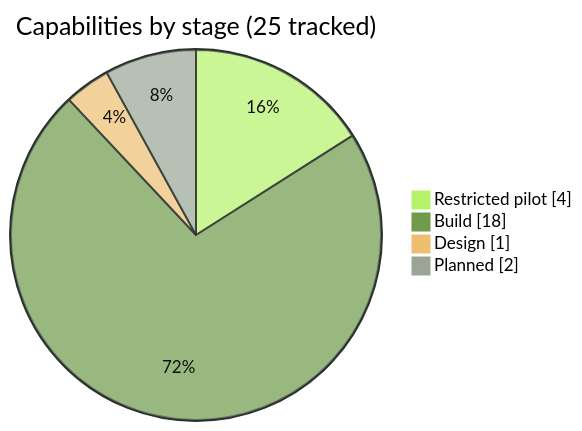
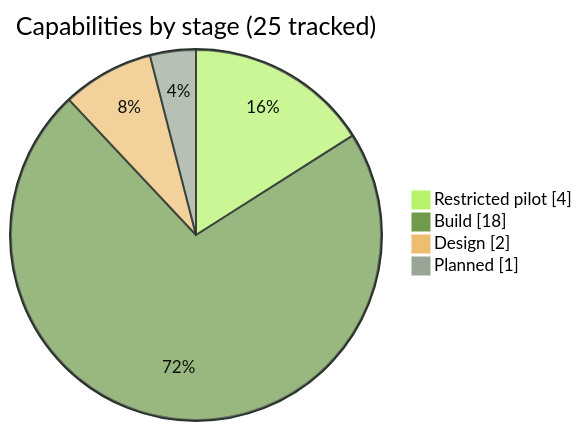
One commit to pboachie/zrotext changed the first of 4 diagrams in docs/ROADMAP.md. Above: the diagram before and after it, drawn with Mermaid. The commit also changed other lines of this file and 4 other files, not shown here.

First line of the commit message:
Align the public roadmap with merged custody, capture and provider work

````diff
--- a/docs/ROADMAP.md
+++ b/docs/ROADMAP.md
@@ -43,9 +43,9 @@
 ```mermaid
 %%{init: {"themeVariables": {"pie1": "#b6f36a", "pie2": "#6f9b4b", "pie3": "#edbe70", "pie4": "#99a696", "pieSectionTextColor": "#0b0f0c", "pieStrokeColor": "#29332a", "pieOuterStrokeColor": "#29332a"}}}%%
 pie showData
     title Capabilities by stage (25 tracked)
     "Restricted pilot" : 4
     "Build" : 18
-    "Design" : 1
-    "Planned" : 2
+    "Design" : 2
+    "Planned" : 1
 ```
````
